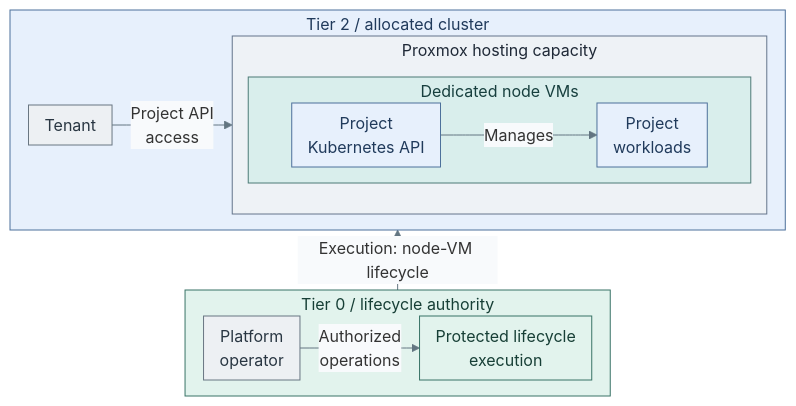
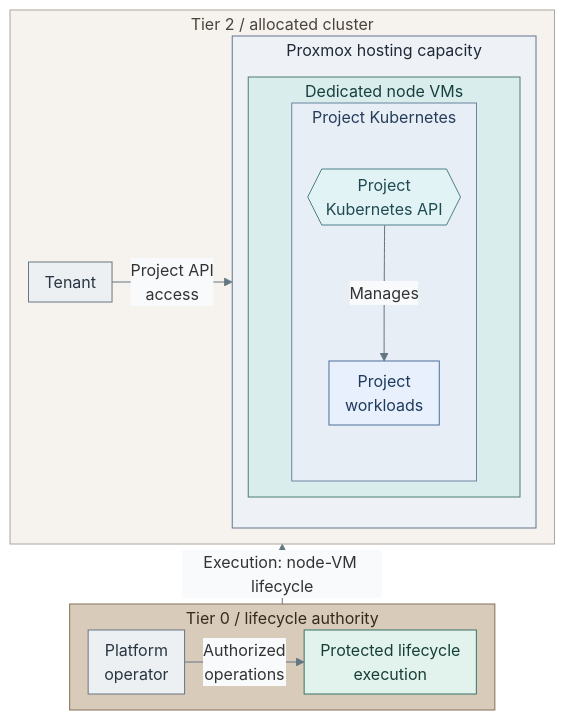
The diagram in docs/01-architecture/04-hosting/04-lab-environments.md (Rexus/homelab), drawn with Mermaid before and after one commit. The commit also changed 108 other files, not shown here.

Commit message:
docs(diagrams): unify visual language and opening views

````diff
--- a/docs/01-architecture/04-hosting/04-lab-environments.md
+++ b/docs/01-architecture/04-hosting/04-lab-environments.md
@@ -7,36 +7,45 @@
 ```mermaid
 %%{init: {"theme":"base","flowchart":{"nodeSpacing":12,"rankSpacing":12,"padding":8,"wrappingWidth":300,"subGraphTitleMargin":{"top":2,"bottom":8}},"themeVariables":{"lineColor":"#627581","edgeLabelBackground":"#f8fafc"}}}%%
 flowchart BT
   subgraph T2["Tier 2 / allocated cluster"]
     direction LR
     Tenant["Tenant"]
     subgraph PVE["Proxmox hosting capacity"]
       subgraph Nodes["Dedicated node VMs"]
-        direction LR
-        API["Project<br/>Kubernetes API"]
-        Workloads["Project<br/>workloads"]
-        API -- "Manages" --> Workloads
+        subgraph Cluster["Project Kubernetes"]
+          direction TB
+          API{{"Project<br/>Kubernetes API"}}
+          Workloads["Project<br/>workloads"]
+          API -- "Manages" --> Workloads
+        end
       end
     end
     Tenant -- "Project API<br/>access" --> PVE
   end
   subgraph T0["Tier 0 / lifecycle authority"]
     direction LR
     Operator["Platform<br/>operator"]
     Execution["Protected lifecycle<br/>execution"]
     Operator -- "Authorized<br/>operations" --> Execution
   end
   T0 -- "Execution: node-VM lifecycle" --> T2
   classDef default fill:#f8fafc,stroke:#64748b,color:#1f2937
   classDef actor fill:#edf0f3,stroke:#697682,color:#293642
   classDef boundary fill:#eef2f6,stroke:#64748b,color:#1f2937
   classDef services fill:#e7f0fc,stroke:#4d719b,color:#203a5b
   classDef control fill:#e2f3ed,stroke:#397366,color:#173f36
   classDef runtime fill:#d9eeec,stroke:#4d7b77,color:#173f3e
   class Tenant,Operator actor
-  class T2 services
   class PVE boundary
-  class API,Workloads services
-  class T0,Execution control
+  class Workloads services
+  classDef traffic fill:#e1f3f5,stroke:#4c7f88,color:#214a52
+  class API traffic
+  classDef kubernetes fill:#e8eef6,stroke:#6b83a3,color:#263d59
+  class Cluster kubernetes
+  class Execution control
   class Nodes runtime
+  classDef tier0 fill:#d8cbb9,stroke:#83715a,color:#352a1e
+  class T0 tier0
+  classDef tier2 fill:#f6f3ef,stroke:#aca59b,color:#4b443c
+  class T2 tier2
 ```
````
